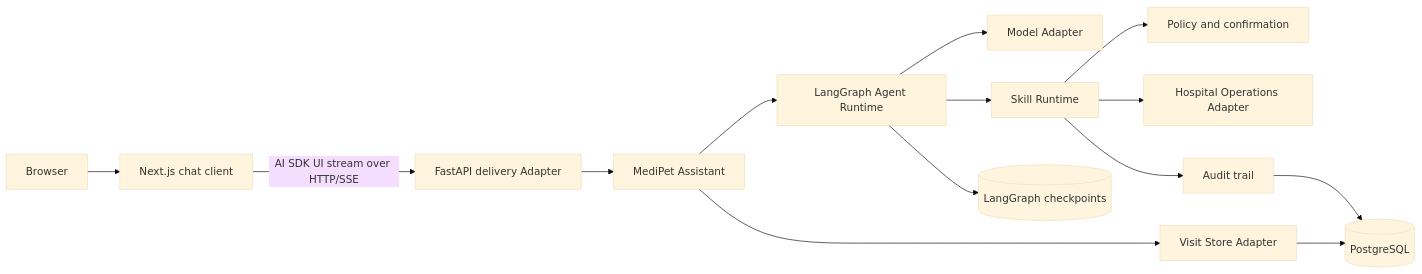
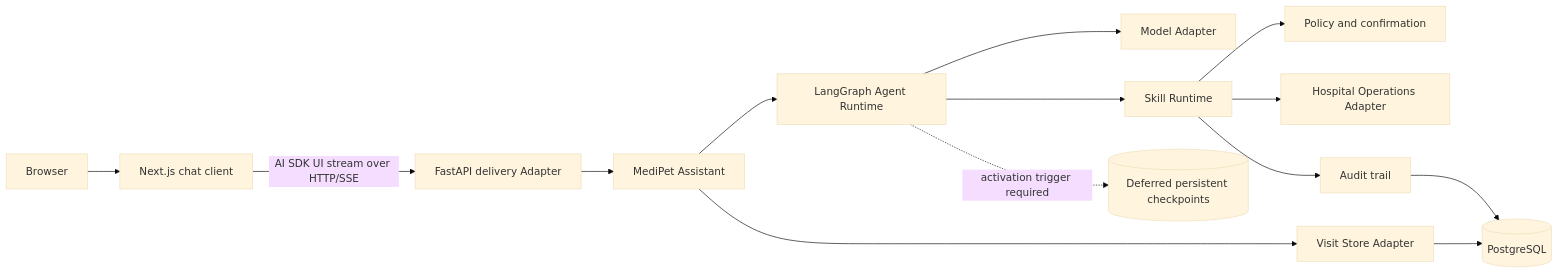
The diagram in docs/design/architecture.md (Ruacha00/MediPet), drawn with Mermaid (base theme) before and after one commit. The commit also changed other lines of this file and 31 other files, not shown here.

````diff
--- a/docs/design/architecture.md
+++ b/docs/design/architecture.md
@@ -50,29 +71,29 @@
 ```mermaid
 flowchart LR
     Browser[Browser]
     Web[Next.js chat client]
     HTTP[FastAPI delivery Adapter]
     Assistant[MediPet Assistant]
     Agent[LangGraph Agent Runtime]
     Skills[Skill Runtime]
     Policy[Policy and confirmation]
     Hospital[Hospital Operations Adapter]
     Store[Visit Store Adapter]
     Model[Model Adapter]
     DB[(PostgreSQL)]
-    Checkpoints[(LangGraph checkpoints)]
+    Checkpoints[(Deferred persistent checkpoints)]
 
     Browser --> Web
     Web -->|AI SDK UI stream over HTTP/SSE| HTTP
     HTTP --> Assistant
     Assistant --> Agent
     Agent --> Model
     Agent --> Skills
-    Agent --> Checkpoints
+    Agent -.->|activation trigger required| Checkpoints
     Skills --> Policy
     Skills --> Hospital
     Assistant --> Store
     Skills --> Audit[Audit trail]
     Store --> DB
     Audit --> DB
 ```
````
